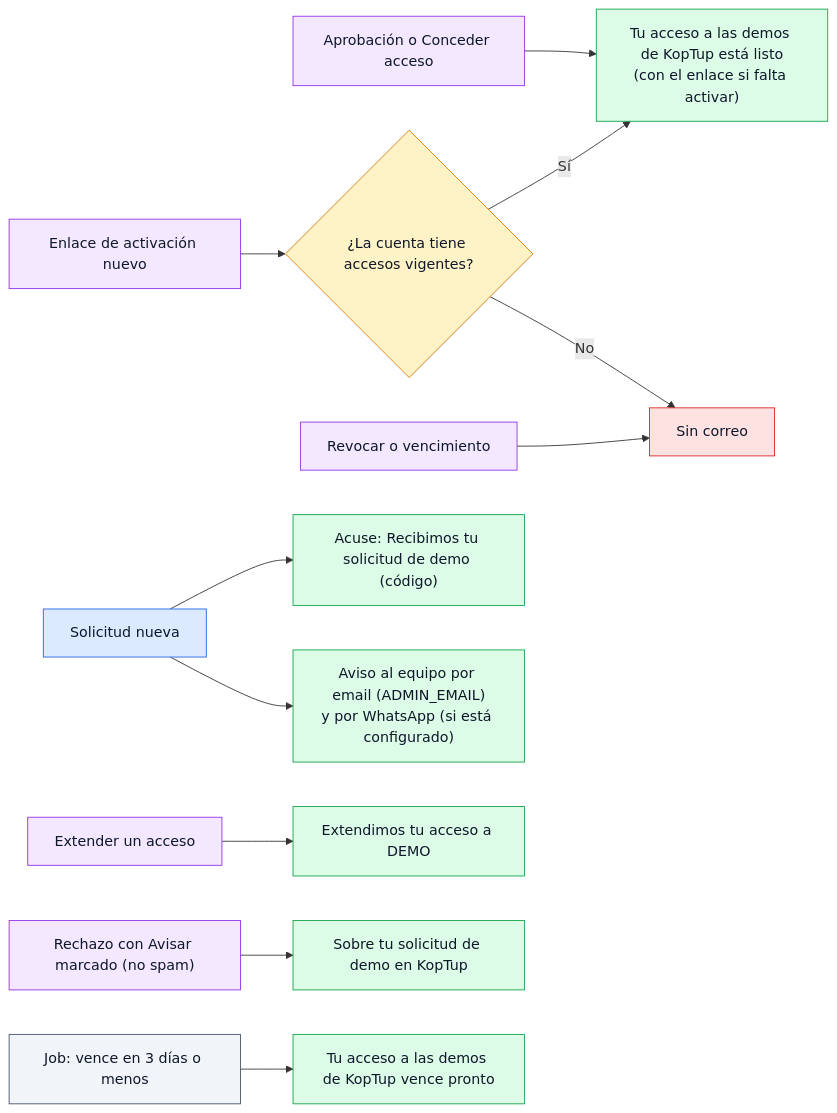
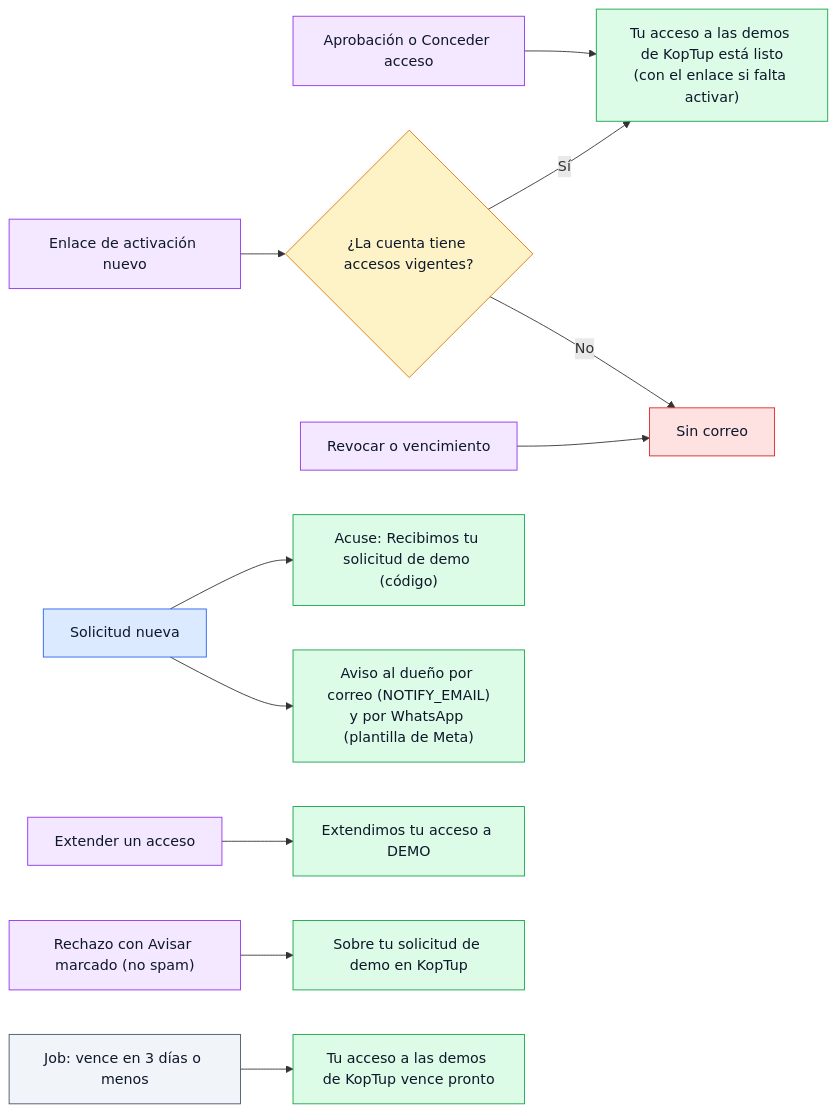
One commit to ronalc90/koptup changed diagram 14 of 24 in docs/wiki/Doc-14-2-Flujos-de-Administracion-y-Operacion.md. Above: the diagram before and after it, drawn with Mermaid. The commit also changed other lines of this file and 45 other files, not shown here.

First line of the commit message:
docs(avisos): configuración de Resend y de la plantilla de WhatsApp, operación y wiki

````diff
--- a/docs/wiki/Doc-14-2-Flujos-de-Administracion-y-Operacion.md
+++ b/docs/wiki/Doc-14-2-Flujos-de-Administracion-y-Operacion.md
@@ -764,37 +765,37 @@
 ```mermaid
 flowchart LR
     classDef visitante fill:#dbeafe,stroke:#2563eb,color:#0f172a
     classDef sistema fill:#f1f5f9,stroke:#475569,color:#0f172a
     classDef admin fill:#f3e8ff,stroke:#9333ea,color:#0f172a
     classDef aviso fill:#dcfce7,stroke:#16a34a,color:#0f172a
     classDef decision fill:#fef3c7,stroke:#d97706,color:#0f172a
     classDef error fill:#fee2e2,stroke:#dc2626,color:#0f172a
     classDef externo fill:#fdf4ff,stroke:#c026d3,color:#0f172a
 
     M1["Solicitud nueva"]:::visitante
     M2["Aprobación o Conceder acceso"]:::admin
     M3["Enlace de activación nuevo"]:::admin
     M4["Extender un acceso"]:::admin
     M5["Rechazo con Avisar marcado (no spam)"]:::admin
     M6["Job: vence en 3 días o menos"]:::sistema
     M7["Revocar o vencimiento"]:::admin
     D1{"¿La cuenta tiene accesos vigentes?"}:::decision
     C1["Acuse: Recibimos tu solicitud de demo (código)"]:::aviso
-    C2["Aviso al equipo por email (ADMIN_EMAIL)<br/>y por WhatsApp (si está configurado)"]:::aviso
+    C2["Aviso al dueño por correo (NOTIFY_EMAIL)<br/>y por WhatsApp (plantilla de Meta)"]:::aviso
     C3["Tu acceso a las demos de KopTup está listo<br/>(con el enlace si falta activar)"]:::aviso
     C4["Extendimos tu acceso a DEMO"]:::aviso
     C5["Sobre tu solicitud de demo en KopTup"]:::aviso
     C6["Tu acceso a las demos de KopTup vence pronto"]:::aviso
     C0["Sin correo"]:::error
 
     M1 --> C1
     M1 --> C2
     M2 --> C3
     M3 --> D1
     D1 -->|"Sí"| C3
     D1 -->|"No"| C0
     M4 --> C4
     M5 --> C5
     M6 --> C6
     M7 --> C0
 ```
````
